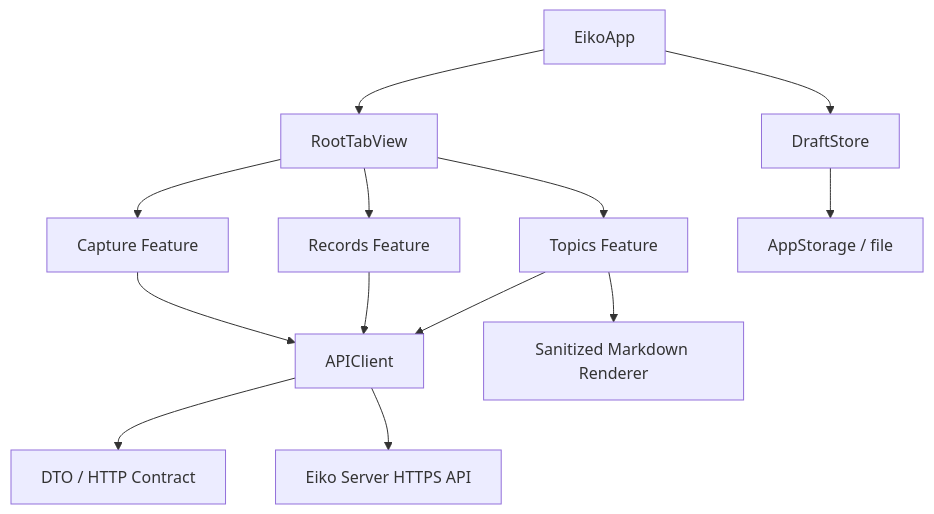
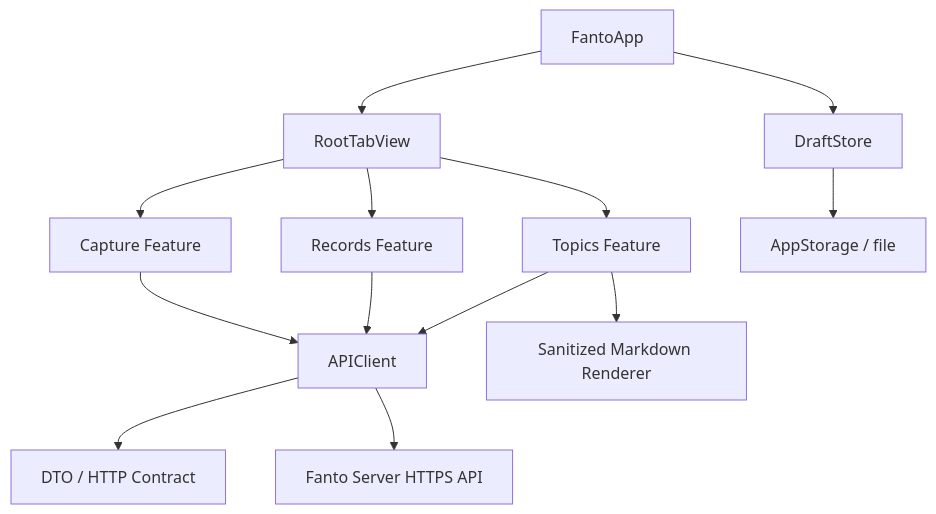
One commit to huiru-wang/eiko changed the first of 2 diagrams in plan/ios-native-plan.md. Above: the diagram before and after it, drawn with Mermaid. The commit also changed other lines of this file and 48 other files, not shown here.

````diff
--- a/plan/ios-native-plan.md
+++ b/plan/ios-native-plan.md
@@ -23,15 +23,15 @@
 ```mermaid
 flowchart TD
-    App[EikoApp] --> Root[RootTabView]
+    App[FantoApp] --> Root[RootTabView]
     Root --> Capture[Capture Feature]
     Root --> Records[Records Feature]
     Root --> Topics[Topics Feature]
     Capture --> API[APIClient]
     Records --> API
     Topics --> API
     API --> Contract[DTO / HTTP Contract]
-    API --> Server[Eiko Server HTTPS API]
+    API --> Server[Fanto Server HTTPS API]
     App --> Draft[DraftStore]
     Draft --> Local[AppStorage / file]
     Topics --> Markdown[Sanitized Markdown Renderer]
 ```
````
